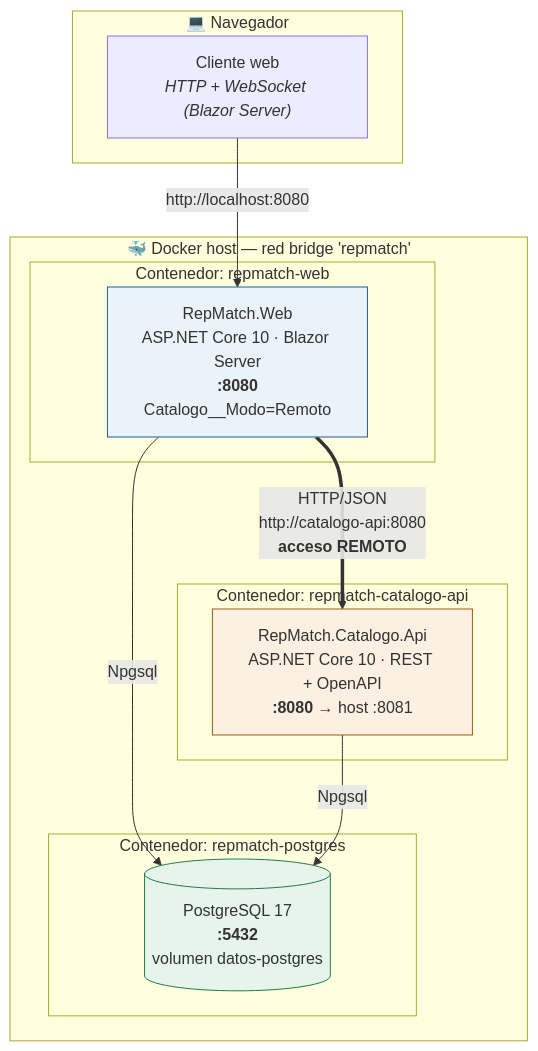
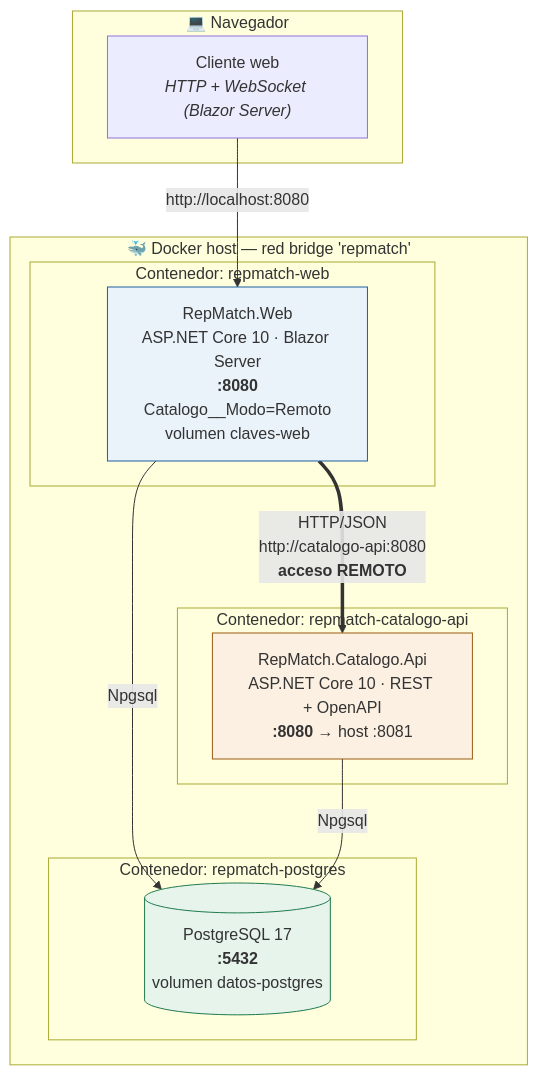
Before and after one commit to lfb-00/tp-apps-2: the first of 2 diagrams in docs/diagramas/despliegue.md, drawn with Mermaid. The commit also changed other lines of this file and 12 other files, not shown here.

````diff
--- a/docs/diagramas/despliegue.md
+++ b/docs/diagramas/despliegue.md
@@ -9,29 +9,29 @@
 ```mermaid
 flowchart TB
     subgraph nav["💻 Navegador"]
         BR["Cliente web<br/><i>HTTP + WebSocket (Blazor Server)</i>"]
     end
 
     subgraph docker["🐳 Docker host — red bridge 'repmatch'"]
         subgraph c1["Contenedor: repmatch-web"]
-            W["RepMatch.Web<br/>ASP.NET Core 10 · Blazor Server<br/><b>:8080</b><br/>Catalogo__Modo=Remoto"]
+            W["RepMatch.Web<br/>ASP.NET Core 10 · Blazor Server<br/><b>:8080</b><br/>Catalogo__Modo=Remoto<br/>volumen claves-web"]
         end
 
         subgraph c2["Contenedor: repmatch-catalogo-api"]
             A["RepMatch.Catalogo.Api<br/>ASP.NET Core 10 · REST + OpenAPI<br/><b>:8080</b> → host :8081"]
         end
 
         subgraph c3["Contenedor: repmatch-postgres"]
             P[("PostgreSQL 17<br/><b>:5432</b><br/>volumen datos-postgres")]
         end
     end
 
     BR -- "http://localhost:8080" --> W
     W == "HTTP/JSON<br/>http://catalogo-api:8080<br/><b>acceso REMOTO</b>" ==> A
     W -- "Npgsql" --> P
     A -- "Npgsql" --> P
 
     style W fill:#eaf2fa,stroke:#1f5f9e
     style A fill:#fbf0e2,stroke:#9a5b13
     style P fill:#e6f4ec,stroke:#1f7a4d
 ```
````
